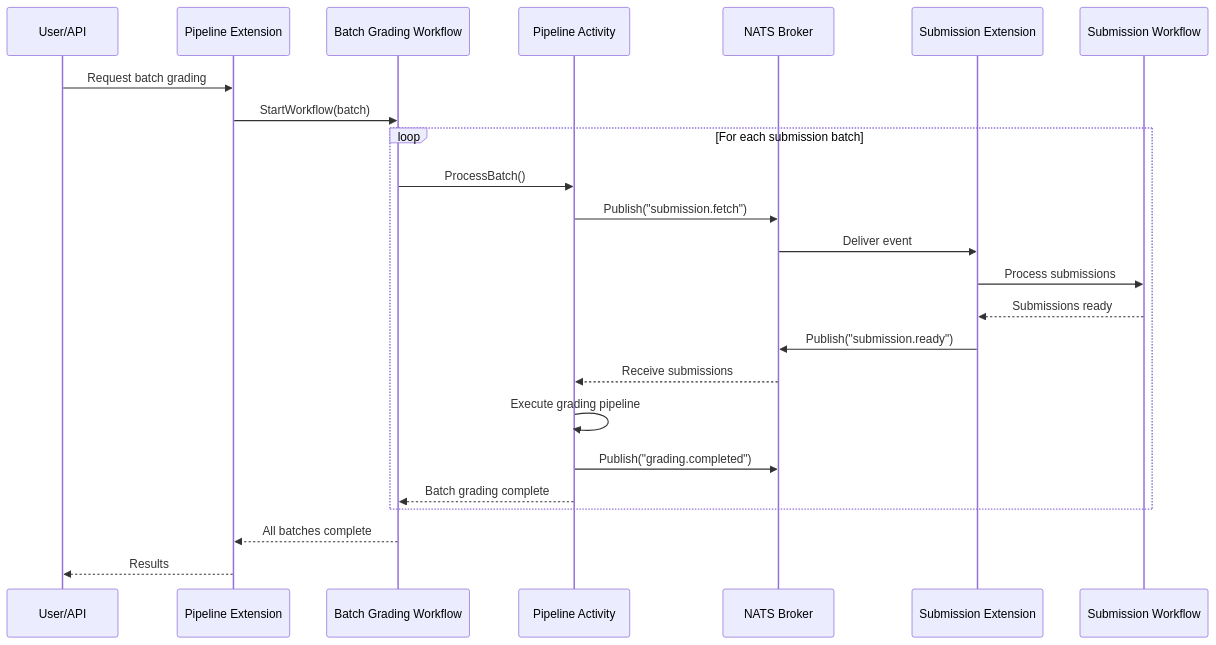
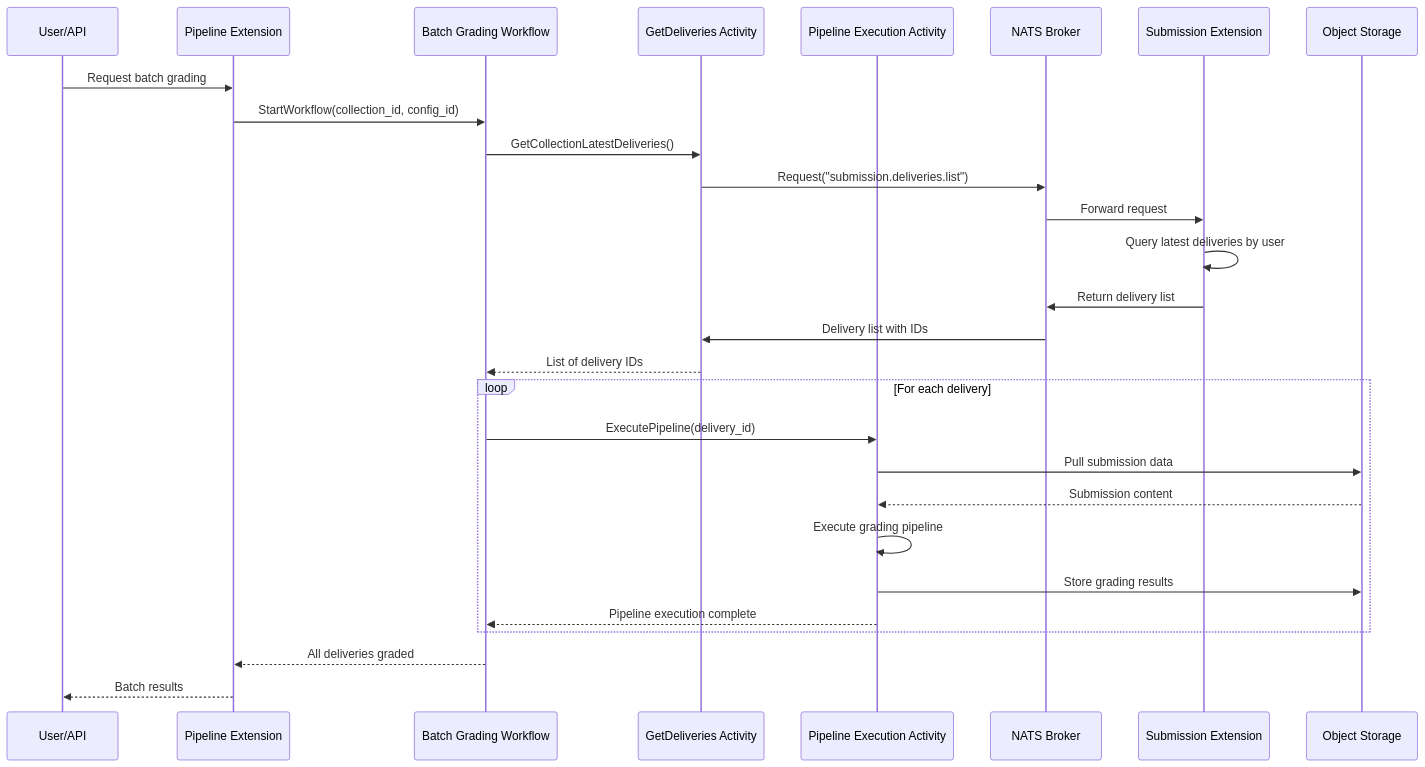
Before and after one commit to zinc-sig/affairs: the second of 2 diagrams in rfd/0010/README.md, drawn with Mermaid. The commit also changed other lines of this file, not shown here.

First line of the commit message:
rfd/0010: Correct activity flow and add object storage integration

````diff
--- a/rfd/0010/README.md
+++ b/rfd/0010/README.md
@@ -160,27 +168,32 @@
 ```mermaid
 sequenceDiagram
     participant User as User/API
     participant PE as Pipeline Extension
     participant BW as Batch Grading Workflow
-    participant PA as Pipeline Activity
+    participant GDA as GetDeliveries Activity
+    participant PEA as Pipeline Execution Activity
     participant NATS as NATS Broker
     participant SE as Submission Extension
-    participant SW as Submission Workflow
+    participant OS as Object Storage
 
     User->>PE: Request batch grading
-    PE->>BW: StartWorkflow(batch)
-    loop For each submission batch
-        BW->>PA: ProcessBatch()
-        PA->>NATS: Publish("submission.fetch")
-        NATS->>SE: Deliver event
-        SE->>SW: Process submissions
-        SW-->>SE: Submissions ready
-        SE->>NATS: Publish("submission.ready")
-        NATS-->>PA: Receive submissions
-        PA->>PA: Execute grading pipeline
-        PA->>NATS: Publish("grading.completed")
-        PA-->>BW: Batch grading complete
+    PE->>BW: StartWorkflow(collection_id, config_id)
+    BW->>GDA: GetCollectionLatestDeliveries()
+    GDA->>NATS: Request("submission.deliveries.list")
+    NATS->>SE: Forward request
+    SE->>SE: Query latest deliveries by user
+    SE->>NATS: Return delivery list
+    NATS->>GDA: Delivery list with IDs
+    GDA-->>BW: List of delivery IDs
+
+    loop For each delivery
+        BW->>PEA: ExecutePipeline(delivery_id)
+        PEA->>OS: Pull submission data
+        OS-->>PEA: Submission content
+        PEA->>PEA: Execute grading pipeline
+        PEA->>OS: Store grading results
+        PEA-->>BW: Pipeline execution complete
     end
-    BW-->>PE: All batches complete
-    PE-->>User: Results
+    BW-->>PE: All deliveries graded
+    PE-->>User: Batch results
 ```
````
